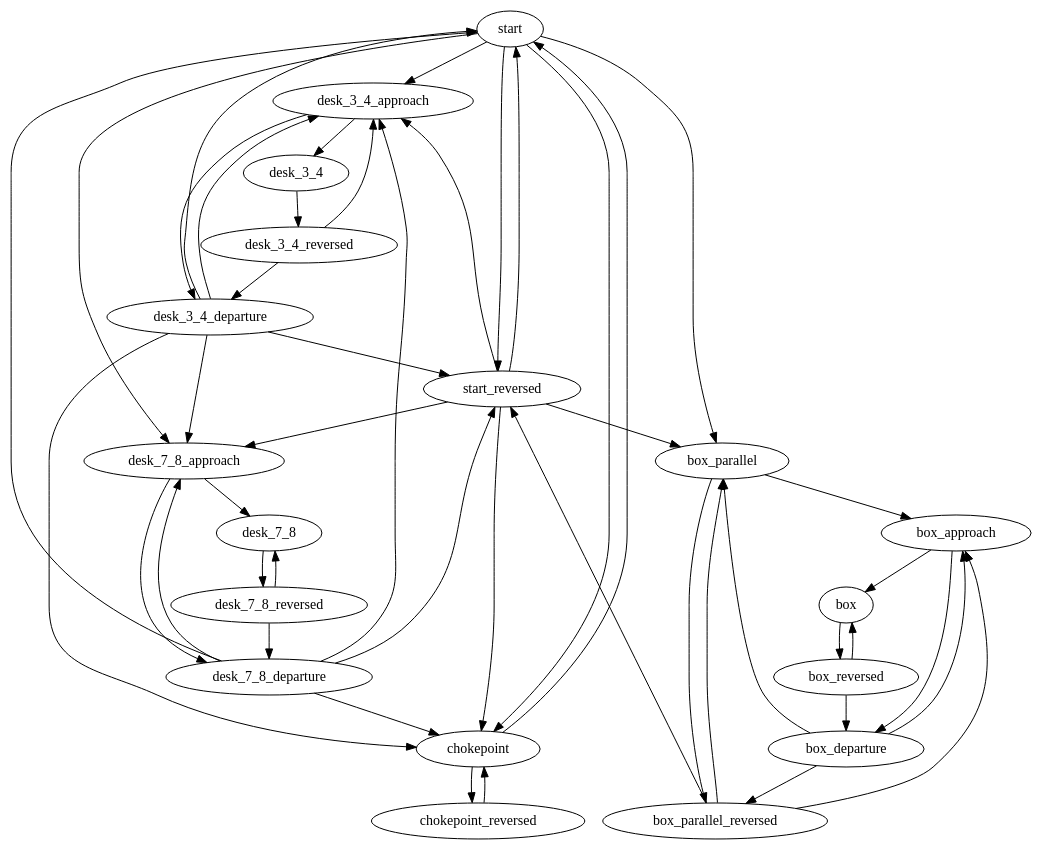
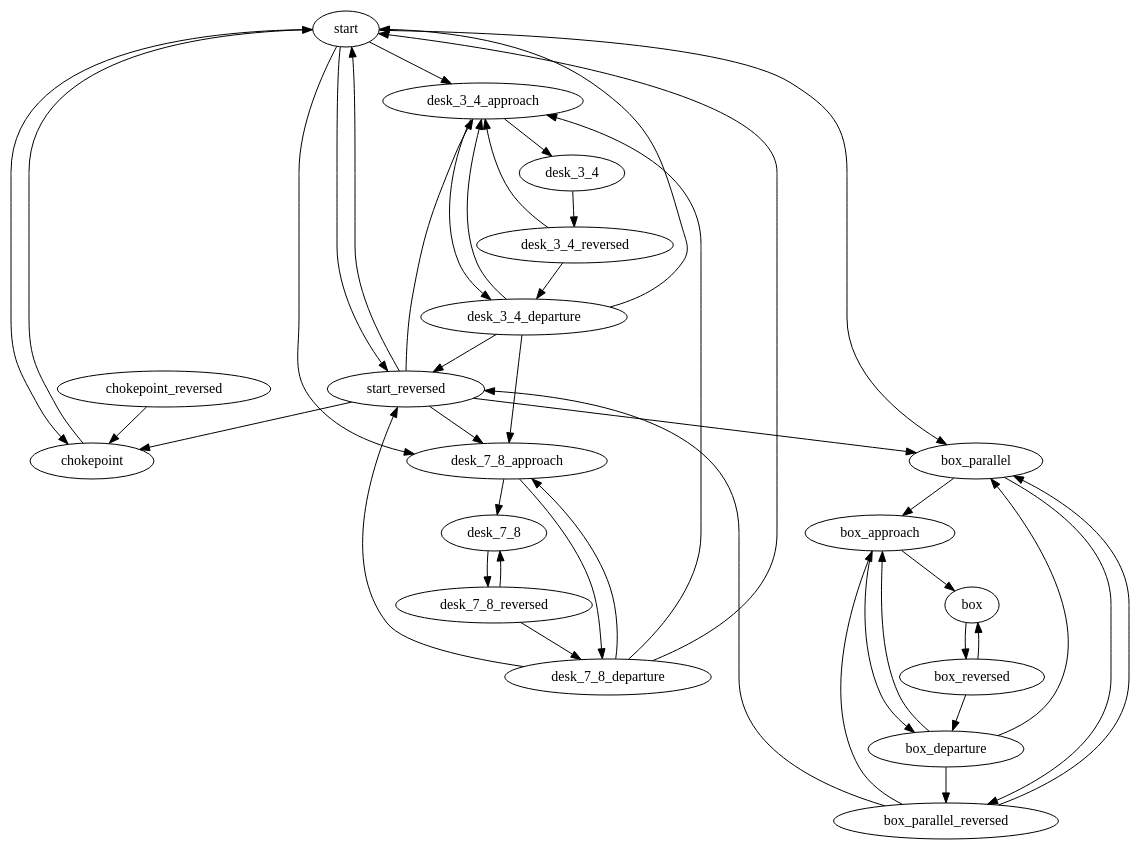
Before and after one commit to ben5049/magni_robot: the diagram in salmon/waypoints/map.gv, drawn with Graphviz. The commit also changed 6 other files, not shown here.

```diff
--- a/salmon/waypoints/map.gv
+++ b/salmon/waypoints/map.gv
@@ -1,66 +1,63 @@
 digraph map {
 	start
 	start -> chokepoint
 	start -> desk_3_4_approach
 	start -> desk_7_8_approach
 	start -> box_parallel
 	start -> start_reversed
 	start_reversed
 	start_reversed -> chokepoint
 	start_reversed -> desk_3_4_approach
 	start_reversed -> desk_7_8_approach
 	start_reversed -> box_parallel
 	start_reversed -> start
 	chokepoint
 	chokepoint -> start
-	chokepoint -> chokepoint_reversed
 	chokepoint_reversed
 	chokepoint_reversed -> chokepoint
 	desk_3_4_approach
 	desk_3_4_approach -> desk_3_4
 	desk_3_4_approach -> desk_3_4_departure
 	desk_3_4
 	desk_3_4 -> desk_3_4_reversed
 	desk_3_4_reversed
 	desk_3_4_reversed -> desk_3_4_departure
 	desk_3_4_reversed -> desk_3_4_approach
 	desk_3_4_departure
 	desk_3_4_departure -> start
 	desk_3_4_departure -> desk_7_8_approach
 	desk_3_4_departure -> desk_3_4_approach
-	desk_3_4_departure -> chokepoint
 	desk_3_4_departure -> start_reversed
 	desk_7_8_approach
 	desk_7_8_approach -> desk_7_8
 	desk_7_8_approach -> desk_7_8_departure
 	desk_7_8
 	desk_7_8 -> desk_7_8_reversed
 	desk_7_8_reversed
 	desk_7_8_reversed -> desk_7_8
 	desk_7_8_reversed -> desk_7_8_departure
 	desk_7_8_departure
 	desk_7_8_departure -> start
 	desk_7_8_departure -> desk_7_8_approach
 	desk_7_8_departure -> desk_3_4_approach
-	desk_7_8_departure -> chokepoint
 	desk_7_8_departure -> start_reversed
 	box_parallel
 	box_parallel -> box_approach
 	box_parallel -> box_parallel_reversed
 	box_parallel_reversed
 	box_parallel_reversed -> box_approach
 	box_parallel_reversed -> box_parallel
 	box_parallel_reversed -> start_reversed
 	box_approach
 	box_approach -> box
 	box_approach -> box_departure
 	box
 	box -> box_reversed
 	box_reversed
 	box_reversed -> box
 	box_reversed -> box_departure
 	box_departure
 	box_departure -> box_approach
 	box_departure -> box_parallel
 	box_departure -> box_parallel_reversed
 }
```
